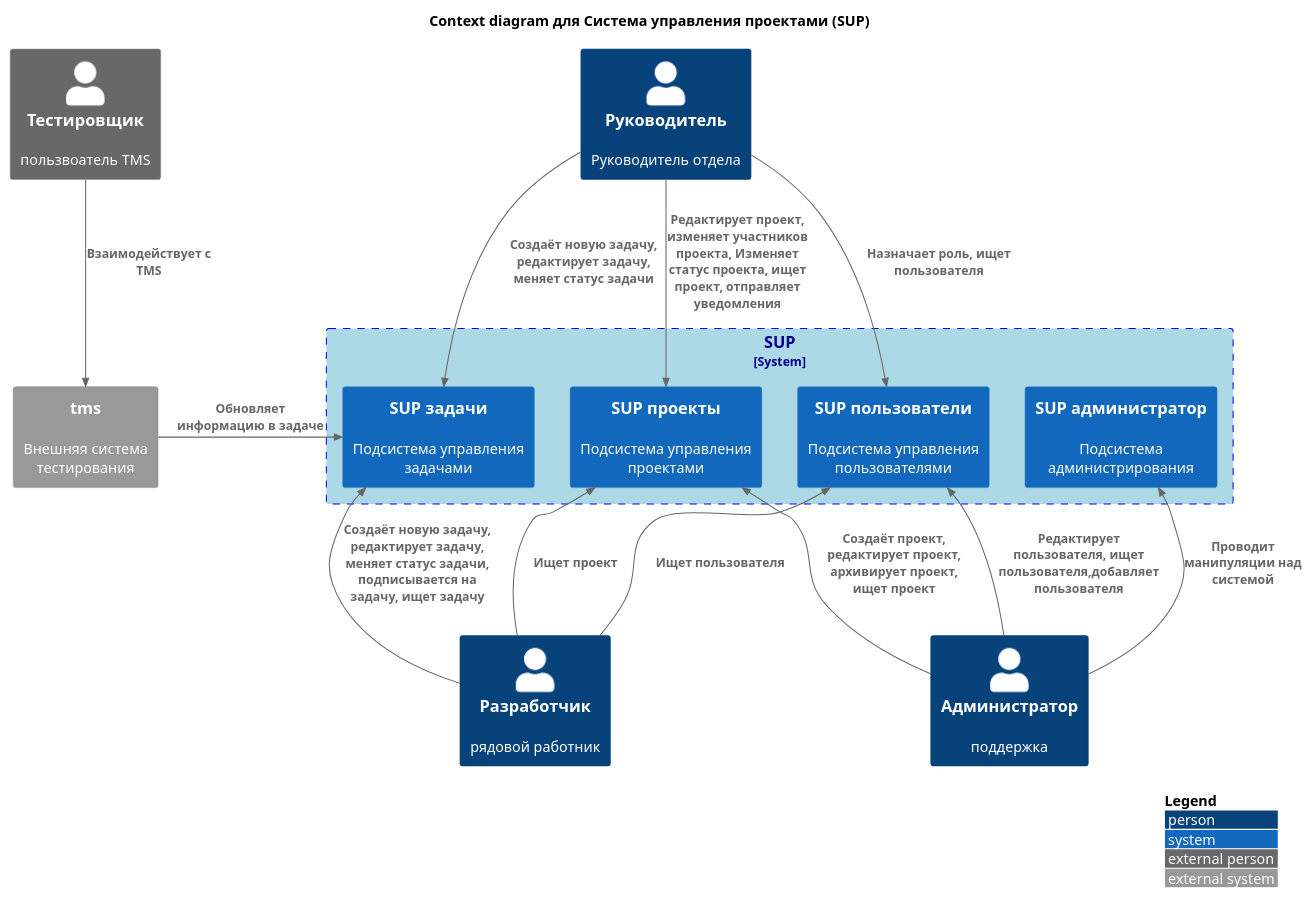
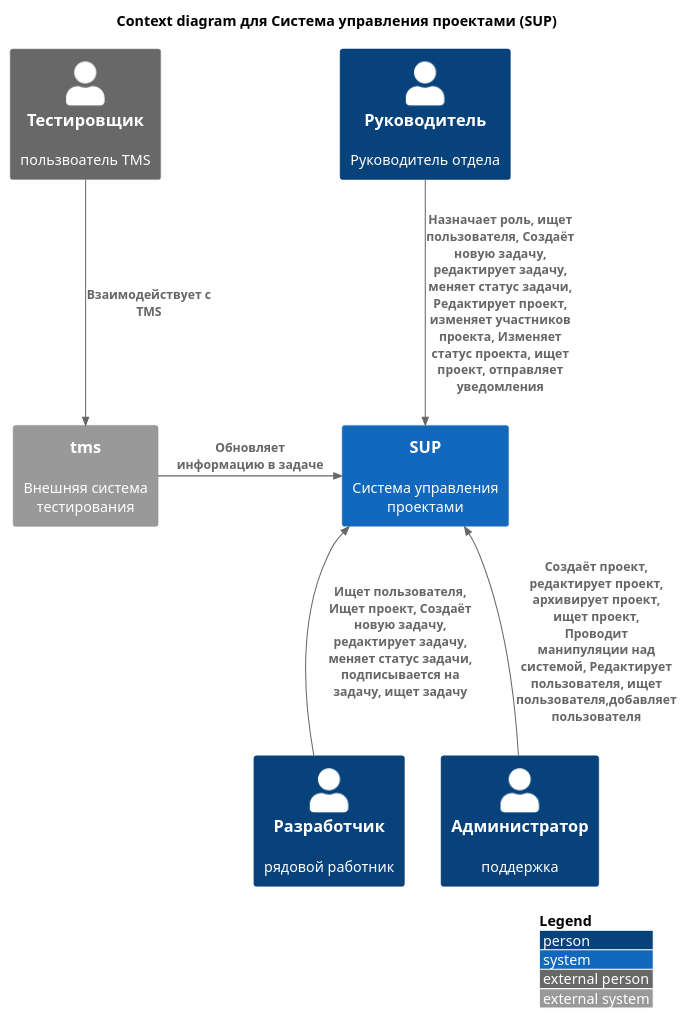
One commit to meyakovenkoj/sup-project changed the diagram in C4/context.puml. Above: the diagram before and after it, drawn with PlantUML.

Commit message:
#22 исправления в контексте (by @Bigwarboss)

```diff
--- a/C4/context.puml
+++ b/C4/context.puml
@@ -1,34 +1,22 @@
 @startuml context
 !include C4_Context.puml
 
 LAYOUT_WITH_LEGEND()
 
 title Context diagram для Система управления проектами (SUP)
 
 Person(project_manager, "Руководитель", "Руководитель отдела")
 Person(developer, "Разработчик", "рядовой работник")
 Person(administrator, "Администратор", "поддержка")
 Person_Ext(tms_user, "Тестировщик", "пользвоатель TMS")
 
-UpdateSystemBoundaryStyle($bgColor="lightblue", $fontColor="DarkBlue", $borderColor="blue")
-System_Boundary(sb, "SUP") {
-    System(sup_task_system, "SUP задачи", "Подсистема управления задачами")
-    System(sup_project_system, "SUP проекты", "Подсистема управления проектами")
-    System(sup_user_system, "SUP пользователи", "Подсистема управления пользователями")
-    System(sup_admin_system, "SUP администратор", "Подсистема администрирования")
-}
+System(SUP, "SUP", "Система управления проектами")
 
 System_Ext(tms, "tms", "Внешняя система тестирования")
 
-Rel(project_manager, sup_user_system, "Назначает роль, ищет пользователя")
-Rel(project_manager, sup_task_system, "Создаёт новую задачу, редактирует задачу, меняет статус задачи")
-Rel(project_manager, sup_project_system, "Редактирует проект, изменяет участников проекта, Изменяет статус проекта, ищет проект, отправляет уведомления")
-Rel_Back(sup_user_system, administrator, "Редактирует пользователя, ищет пользователя,добавляет пользователя")
-Rel_Back(sup_project_system, administrator, "Создаёт проект, редактирует проект, архивирует проект, ищет проект")
-Rel_Back(sup_admin_system, administrator, "Проводит манипуляции над системой")
-Rel_Back(sup_user_system, developer, "Ищет пользователя")
-Rel_Back(sup_task_system, developer, "Создаёт новую задачу, редактирует задачу, меняет статус задачи, подписывается на задачу, ищет задачу")
-Rel_Back(sup_project_system, developer, "Ищет проект")
+Rel(project_manager, SUP, "Назначает роль, ищет пользователя, Создаёт новую задачу, редактирует задачу, меняет статус задачи, Редактирует проект, изменяет участников проекта, Изменяет статус проекта, ищет проект, отправляет уведомления")
+Rel_Back(SUP, administrator, "Создаёт проект, редактирует проект, архивирует проект, ищет проект, Проводит манипуляции над системой, Редактирует пользователя, ищет пользователя,добавляет пользователя")
+Rel_Back(SUP, developer, "Ищет пользователя, Ищет проект, Создаёт новую задачу, редактирует задачу, меняет статус задачи, подписывается на задачу, ищет задачу")
 Rel(tms_user, tms, "Взаимодействует с TMS")
-Rel_Neighbor(tms, sup_task_system, "Обновляет информацию в задаче")
+Rel_Neighbor(tms, SUP, "Обновляет информацию в задаче")
 @enduml
```
